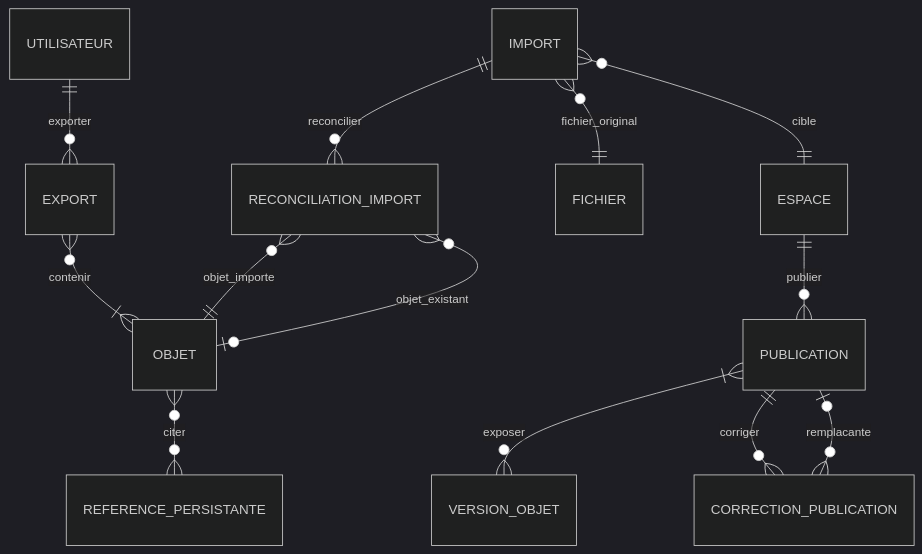
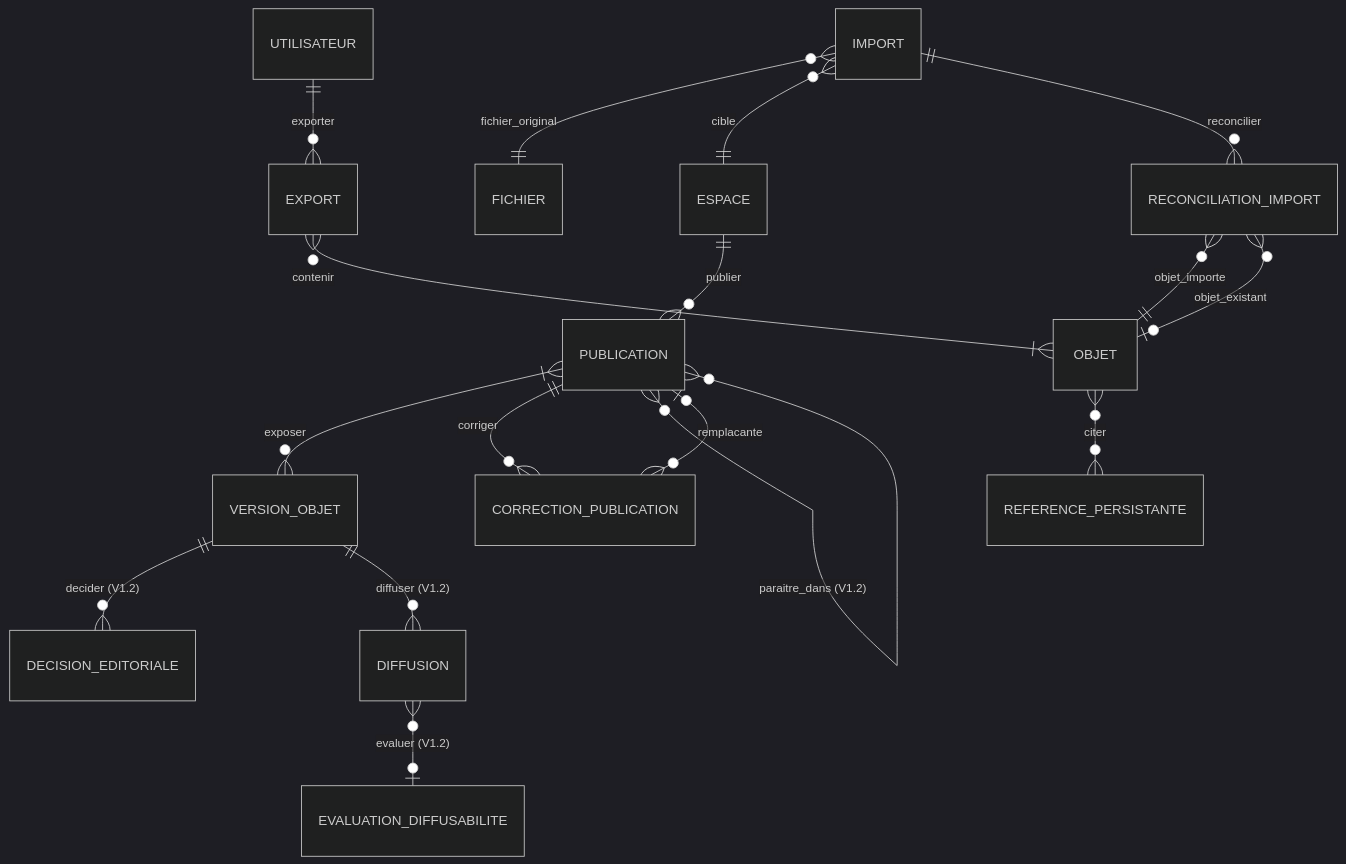
One commit to JNiscoise97/geniius_io changed diagram 18 of 20 in docs/geniius_io_MCD_V1.md. Above: the diagram before and after it, drawn with Mermaid (dark theme). The commit also changed other lines of this file and 11 other files, not shown here.

````diff
--- a/docs/geniius_io_MCD_V1.md
+++ b/docs/geniius_io_MCD_V1.md
@@ -1352,15 +1493,19 @@
 ```mermaid
 erDiagram
   ESPACE ||--o{ PUBLICATION : "publier"
   PUBLICATION }|--o{ VERSION_OBJET : "exposer"
   PUBLICATION ||--o{ CORRECTION_PUBLICATION : "corriger"
   CORRECTION_PUBLICATION }o--o| PUBLICATION : "remplacante"
   OBJET }o--o{ REFERENCE_PERSISTANTE : "citer"
   UTILISATEUR ||--o{ EXPORT : "exporter"
   EXPORT }o--|{ OBJET : "contenir"
   IMPORT }o--|| FICHIER : "fichier_original"
   IMPORT }o--|| ESPACE : "cible"
   IMPORT ||--o{ RECONCILIATION_IMPORT : "reconcilier"
   RECONCILIATION_IMPORT }o--|| OBJET : "objet_importe"
   RECONCILIATION_IMPORT }o--o| OBJET : "objet_existant"
+  PUBLICATION }o--o{ PUBLICATION : "paraitre_dans (V1.2)"
+  VERSION_OBJET ||--o{ DECISION_EDITORIALE : "decider (V1.2)"
+  VERSION_OBJET ||--o{ DIFFUSION : "diffuser (V1.2)"
+  DIFFUSION }o--o| EVALUATION_DIFFUSABILITE : "evaluer (V1.2)"
 ```
````
